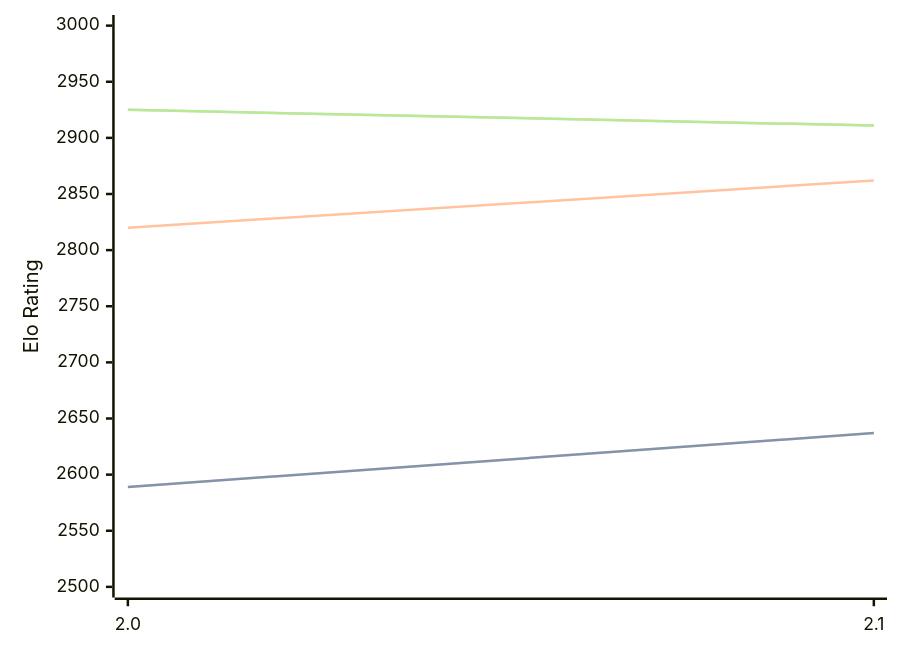
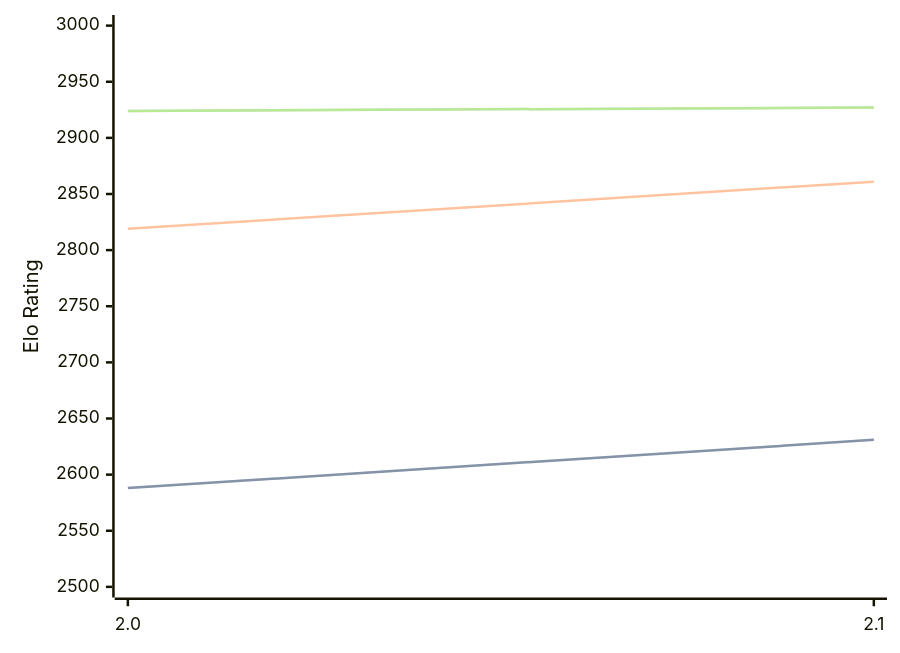
The diagram in engines/Noggin.md (computer-chess-index/cci), drawn with Mermaid before and after one commit. The commit also changed other lines of this file, not shown here.

Commit message:
Update CCI Ratings (ELO VLTC) - 2026-08-04

````diff
--- a/engines/Noggin.md
+++ b/engines/Noggin.md
@@ -33,11 +33,11 @@
 ```mermaid
 %%{init: {"theme":"base","themeVariables":{"seriesColors:['#a3a3a3','#222221','#faa371']}}}%%
 xychart-beta
   x-axis ["2.0", "2.1"]
   y-axis "Elo Rating" 2500 --> 3000
-  line "STC (8.0+0.08s)" [2589, 2637]
-  line "STC (8.0+0.08s)" [2589, 2637]
-  line "LTC (60.0+0.60s)" [2820, 2862]
-  line "VLTC (2m24s+1.12s)" [2925, 2911]
-  line "VLTC (2m24s+1.12s)" [2925, 2911]
+  line "STC (8.0+0.08s)" [2588, 2631]
+  line "STC (8.0+0.08s)" [2588, 2631]
+  line "LTC (60.0+0.60s)" [2819, 2861]
+  line "VLTC (2m24s+1.12s)" [2924, 2927]
+  line "VLTC (2m24s+1.12s)" [2924, 2927]
 ```
````
